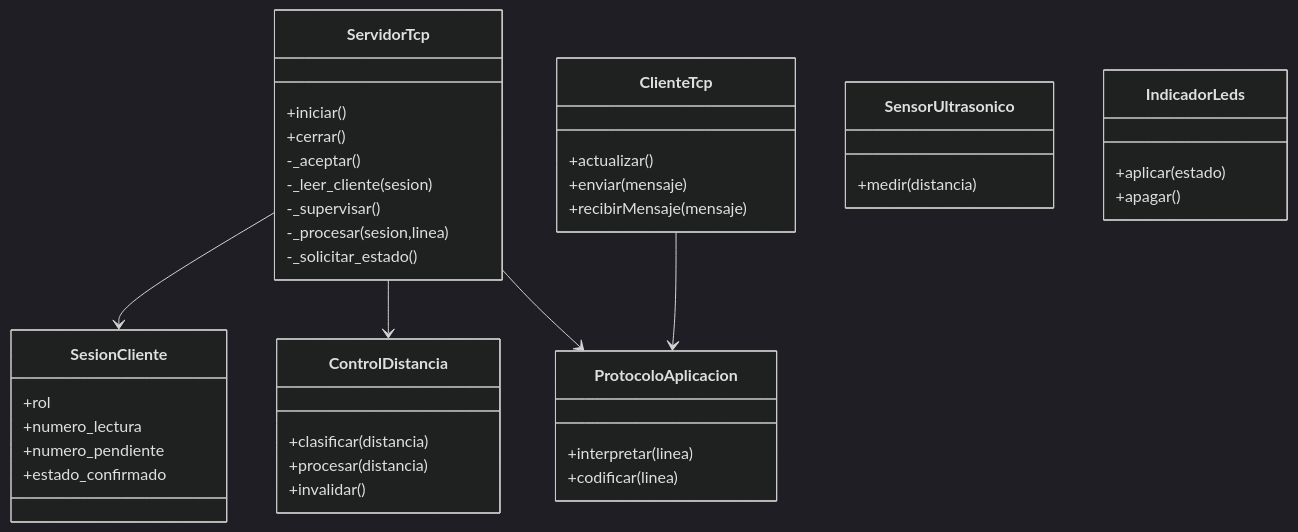
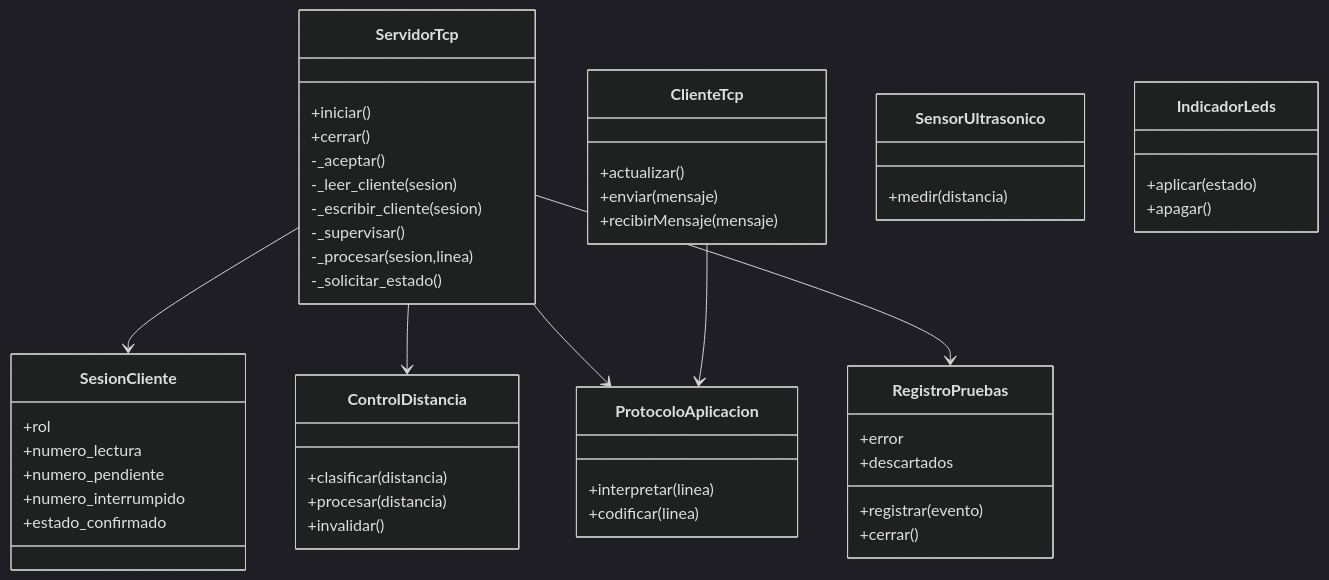
One commit to Sam-J-R/IoT_practica_2 changed the third of 4 diagrams in documentacion/ARQUITECTURA_HILOS.md. Above: the diagram before and after it, drawn with Mermaid (dark theme). The commit also changed other lines of this file and 33 other files, not shown here.

````diff
--- a/documentacion/ARQUITECTURA_HILOS.md
+++ b/documentacion/ARQUITECTURA_HILOS.md
@@ -43,43 +56,52 @@
 ```mermaid
 classDiagram
     class ServidorTcp {
         +iniciar()
         +cerrar()
         -_aceptar()
         -_leer_cliente(sesion)
+        -_escribir_cliente(sesion)
         -_supervisar()
         -_procesar(sesion,linea)
         -_solicitar_estado()
     }
     class SesionCliente {
         +rol
         +numero_lectura
         +numero_pendiente
+        +numero_interrumpido
         +estado_confirmado
     }
     class ControlDistancia {
         +clasificar(distancia)
         +procesar(distancia)
         +invalidar()
+    }
+    class RegistroPruebas {
+        +registrar(evento)
+        +cerrar()
+        +error
+        +descartados
     }
     class ProtocoloAplicacion {
         +interpretar(linea)
         +codificar(linea)
     }
     class ClienteTcp {
         +actualizar()
         +enviar(mensaje)
         +recibirMensaje(mensaje)
     }
     class SensorUltrasonico {
         +medir(distancia)
     }
     class IndicadorLeds {
         +aplicar(estado)
         +apagar()
     }
     ServidorTcp --> SesionCliente
     ServidorTcp --> ControlDistancia
     ServidorTcp --> ProtocoloAplicacion
+    ServidorTcp --> RegistroPruebas
     ClienteTcp --> ProtocoloAplicacion
 ```
````
